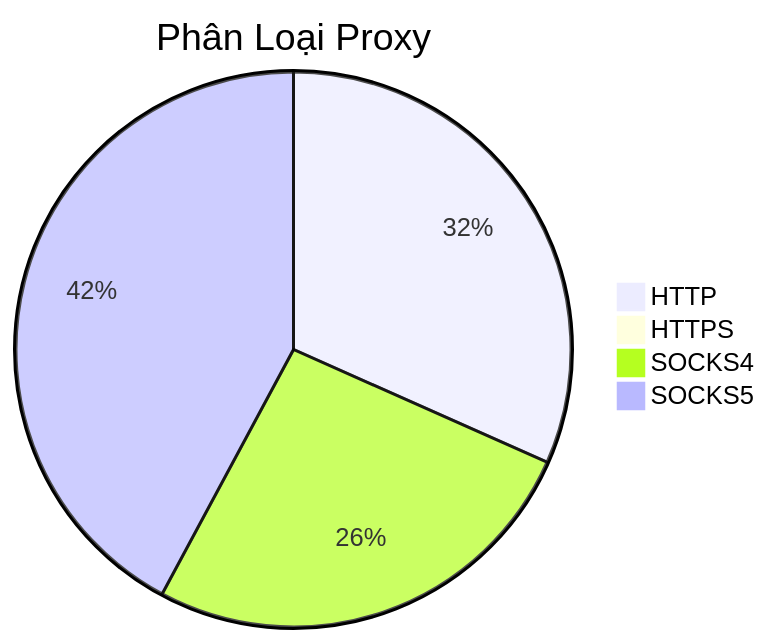
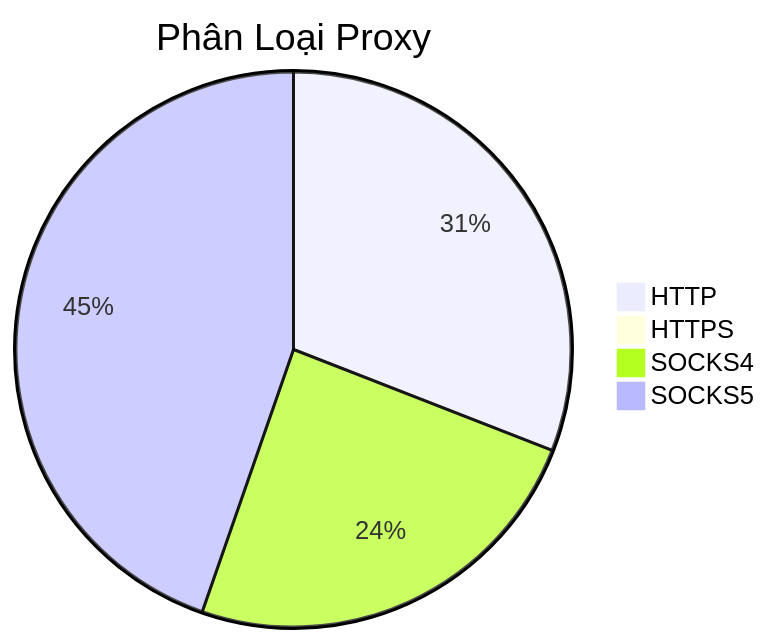
The diagram in README.md (Ciara-12/PROXY-free), drawn with Mermaid before and after one commit. The commit also changed other lines of this file and 3 other files, not shown here.

````diff
--- a/README.md
+++ b/README.md
@@ -26,7 +26,7 @@
 ```mermaid
 pie title Phân Loại Proxy
-    "HTTP" : 365
+    "HTTP" : 380
     "HTTPS" : 0
-    "SOCKS4" : 302
-    "SOCKS5" : 486
+    "SOCKS4" : 300
+    "SOCKS5" : 549
 ```
````
